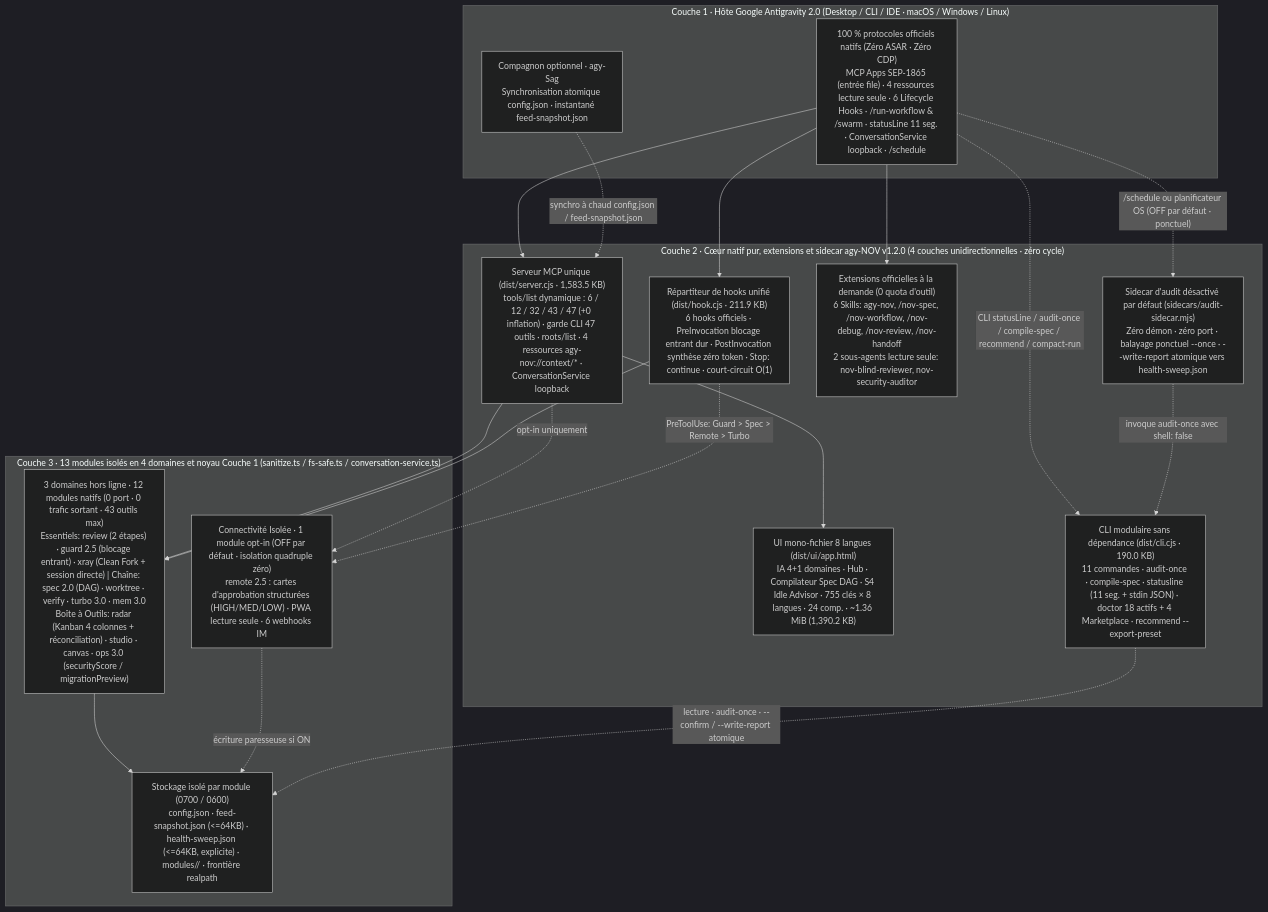
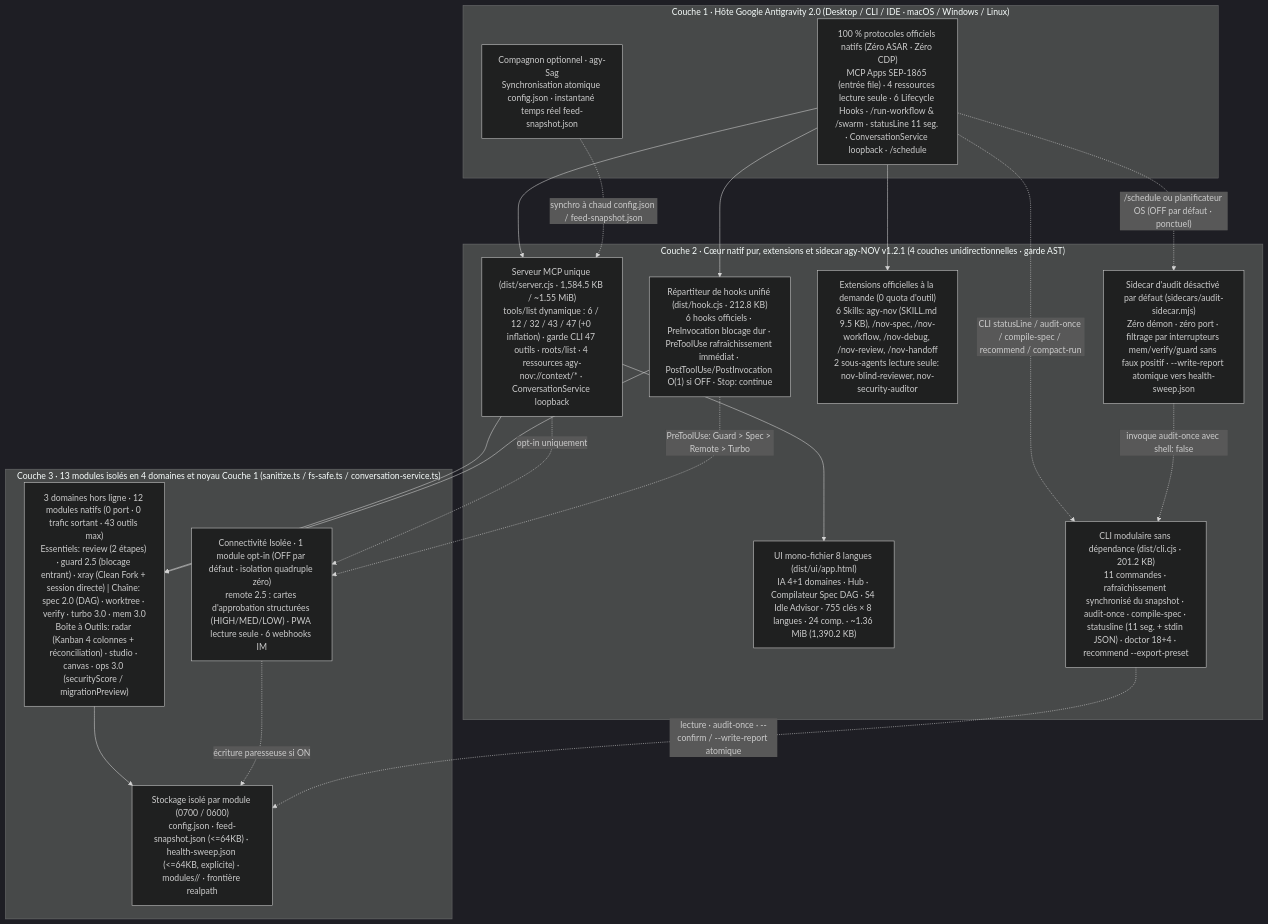
One commit to tone-leh/agy-NOV changed the diagram in docs/i18n/README.fr.md. Above: the diagram before and after it, drawn with Mermaid (dark theme). The commit also changed other lines of this file and 34 other files, not shown here.

Commit message:
fix(v1.2.1): dual-star feed consistency, disabled-module write gates, sidecar toggles & SKILL slimming

````diff
--- a/docs/i18n/README.fr.md
+++ b/docs/i18n/README.fr.md
@@ -262,38 +270,38 @@
 ```mermaid
 flowchart TB
   subgraph L1["Couche 1 · Hôte Google Antigravity 2.0 (Desktop / CLI / IDE · macOS / Windows / Linux)"]
     Host["100 % protocoles officiels natifs (Zéro ASAR · Zéro CDP)\nMCP Apps SEP-1865 (entrée file) · 4 ressources lecture seule · 6 Lifecycle Hooks · /run-workflow & /swarm · statusLine 11 seg. · ConversationService loopback · /schedule"]
-    Sag["Compagnon optionnel · agy-Sag\nSynchronisation atomique config.json · instantané feed-snapshot.json"]
+    Sag["Compagnon optionnel · agy-Sag\nSynchronisation atomique config.json · instantané temps réel feed-snapshot.json"]
   end
 
-  subgraph L2["Couche 2 · Cœur natif pur, extensions et sidecar agy-NOV v1.2.0 (4 couches unidirectionnelles · zéro cycle)"]
-    MCP["Serveur MCP unique (dist/server.cjs · 1,583.5 KB)\ntools/list dynamique : 6 / 12 / 32 / 43 / 47 (+0 inflation) · garde CLI 47 outils · roots/list · 4 ressources agy-nov://context/* · ConversationService loopback"]
-    Hook["Répartiteur de hooks unifié (dist/hook.cjs · 211.9 KB)\n6 hooks officiels · PreInvocation blocage entrant dur · PostInvocation synthèse zéro token · Stop: continue · court-circuit O(1)"]
+  subgraph L2["Couche 2 · Cœur natif pur, extensions et sidecar agy-NOV v1.2.1 (4 couches unidirectionnelles · garde AST)"]
+    MCP["Serveur MCP unique (dist/server.cjs · 1,584.5 KB / ~1.55 MiB)\ntools/list dynamique : 6 / 12 / 32 / 43 / 47 (+0 inflation) · garde CLI 47 outils · roots/list · 4 ressources agy-nov://context/* · ConversationService loopback"]
+    Hook["Répartiteur de hooks unifié (dist/hook.cjs · 212.8 KB)\n6 hooks officiels · PreInvocation blocage dur · PreToolUse rafraîchissement immédiat · PostToolUse/PostInvocation O(1) si OFF · Stop: continue"]
     UI["UI mono-fichier 8 langues (dist/ui/app.html)\nIA 4+1 domaines · Hub · Compilateur Spec DAG · S4 Idle Advisor · 755 clés × 8 langues · 24 comp. · ~1.36 MiB (1,390.2 KB)"]
-    Ext["Extensions officielles à la demande (0 quota d'outil)\n6 Skills: agy-nov, /nov-spec, /nov-workflow, /nov-debug, /nov-review, /nov-handoff\n2 sous-agents lecture seule: nov-blind-reviewer, nov-security-auditor"]
-    CLI["CLI modulaire sans dépendance (dist/cli.cjs · 190.0 KB)\n11 commandes · audit-once · compile-spec · statusline (11 seg. + stdin JSON) · doctor 18 actifs + 4 Marketplace · recommend --export-preset"]
-    Sidecar["Sidecar d'audit désactivé par défaut (sidecars/audit-sidecar.mjs)\nZéro démon · zéro port · balayage ponctuel --once · --write-report atomique vers health-sweep.json"]
+    Ext["Extensions officielles à la demande (0 quota d'outil)\n6 Skills: agy-nov (SKILL.md 9.5 KB), /nov-spec, /nov-workflow, /nov-debug, /nov-review, /nov-handoff\n2 sous-agents lecture seule: nov-blind-reviewer, nov-security-auditor"]
+    CLI["CLI modulaire sans dépendance (dist/cli.cjs · 201.2 KB)\n11 commandes · rafraîchissement synchronisé du snapshot · audit-once · compile-spec · statusline (11 seg. + stdin JSON) · doctor 18+4 · recommend --export-preset"]
+    Sidecar["Sidecar d'audit désactivé par défaut (sidecars/audit-sidecar.mjs)\nZéro démon · zéro port · filtrage par interrupteurs mem/verify/guard sans faux positif · --write-report atomique vers health-sweep.json"]
   end
 
   subgraph L3["Couche 3 · 13 modules isolés en 4 domaines et noyau Couche 1 (sanitize.ts / fs-safe.ts / conversation-service.ts)"]
     T1["3 domaines hors ligne · 12 modules natifs (0 port · 0 trafic sortant · 43 outils max)\nEssentiels: review (2 étapes) · guard 2.5 (blocage entrant) · xray (Clean Fork + session directe) | Chaîne: spec 2.0 (DAG) · worktree · verify · turbo 3.0 · mem 3.0\nBoîte à Outils: radar (Kanban 4 colonnes + réconciliation) · studio · canvas · ops 3.0 (securityScore / migrationPreview)"]
     T2R["Connectivité Isolée · 1 module opt-in (OFF par défaut · isolation quadruple zéro)\nremote 2.5 : cartes d'approbation structurées (HIGH/MED/LOW) · PWA lecture seule · 6 webhooks IM"]
     Store["Stockage isolé par module (0700 / 0600)\nconfig.json · feed-snapshot.json (<=64KB) · health-sweep.json (<=64KB, explicite) · modules/<id>/ · frontière realpath"]
   end
 
   Host --> MCP
   Host --> Hook
   Host --> Ext
   Host -. "CLI statusLine / audit-once / compile-spec / recommend / compact-run" .-> CLI
   Host -. "/schedule ou planificateur OS (OFF par défaut · ponctuel)" .-> Sidecar
   Sidecar -. "invoque audit-once avec shell: false" .-> CLI
   Sag -. "synchro à chaud config.json / feed-snapshot.json" .-> MCP
   MCP --> UI
   MCP --> T1
   MCP -. "opt-in uniquement" .-> T2R
   Hook --> T1
   Hook -. "PreToolUse: Guard > Spec > Remote > Turbo" .-> T2R
   T1 --> Store
   T2R -. "écriture paresseuse si ON" .-> Store
   CLI -. "lecture · audit-once · --confirm / --write-report atomique" .-> Store
 ```
````
